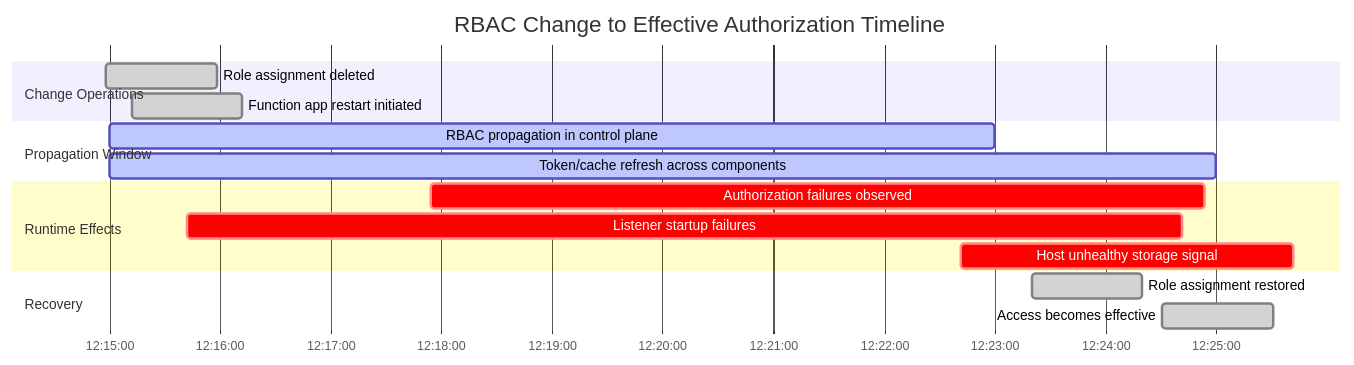
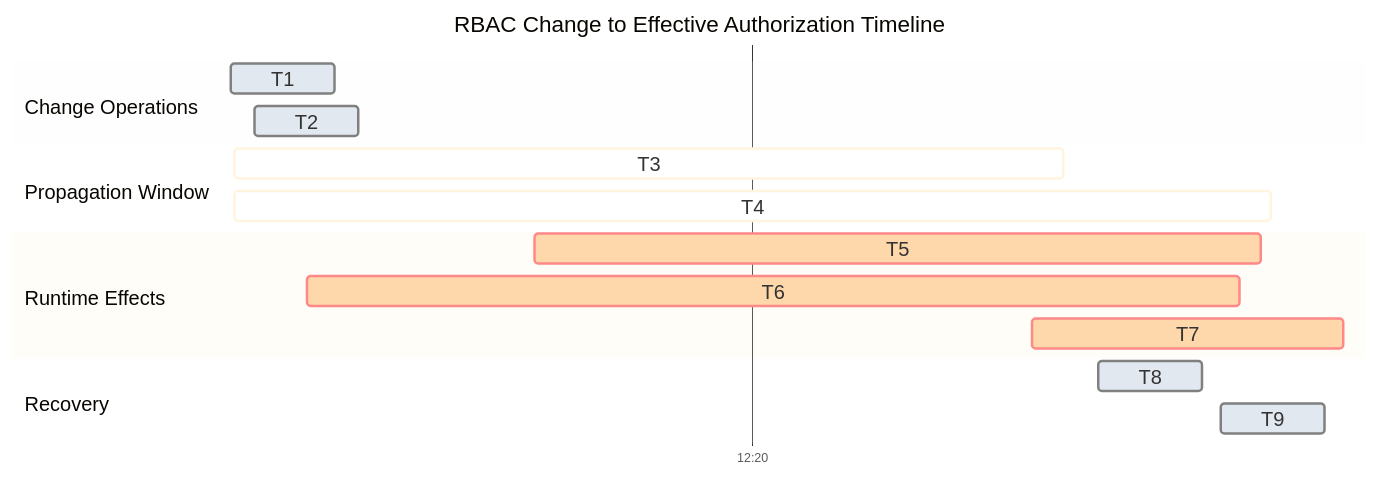
The second of 5 diagrams in docs/troubleshooting/lab-guides/managed-identity-auth.md (yeongseon/azure-functions-practical-guide), drawn with Mermaid before and after one commit. The commit also changed other lines of this file and 1 other file, not shown here.

First line of the commit message:
docs(diagrams): migrate Functions lab storage network auth — managed identity auth (#451)

````diff
--- a/docs/troubleshooting/lab-guides/managed-identity-auth.md
+++ b/docs/troubleshooting/lab-guides/managed-identity-auth.md
@@ -162,23 +182,27 @@
 ```mermaid
+%%{init: {"gantt":{"fontSize":16,"sectionFontSize":16,"leftPadding":175,"rightPadding":35,"barHeight":24,"barGap":10},"theme":"base","themeVariables":{"doneTaskBkgColor":"#e2e8f0","critBkgColor":"#fed7aa","taskBkgColor":"#e2e8f0"},"themeCSS":".grid .tick text{font-size:16px;fill:var(--md-default-fg-color);} .section{opacity:0;} .titleText{font-size:14px;fill:var(--md-default-fg-color);} .sectionTitle{fill:var(--md-default-fg-color);} .taskTextOutsideLeft,.taskTextOutsideRight{fill:var(--md-default-fg-color)!important;} .taskText{fill:#14202e!important;}"}}%%
 gantt
+    accTitle: RBAC change and effective authorization timing model
+    accDescr: Nine original periods across Change Operations, Propagation Window, Runtime Effects and Recovery. T1 to T9 expand in the adjacent key; dates are preserved, not newly validated.
     title RBAC Change to Effective Authorization Timeline
     dateFormat  YYYY-MM-DD HH:mm:ss
-    axisFormat  %H:%M:%S
+    axisFormat  %H:%M
+    tickInterval 10minute
 
     section Change Operations
-    Role assignment deleted                 :done, a1, 2026-04-04 12:14:58, 1m
-    Function app restart initiated          :done, a2, 2026-04-04 12:15:12, 1m
+    T1 :done, a1, 2026-04-04 12:14:58, 1m
+    T2 :done, a2, 2026-04-04 12:15:12, 1m
 
     section Propagation Window
-    RBAC propagation in control plane       :active, b1, 2026-04-04 12:15:00, 8m
-    Token/cache refresh across components   :active, b2, 2026-04-04 12:15:00, 10m
+    T3 :active, b1, 2026-04-04 12:15:00, 8m
+    T4 :active, b2, 2026-04-04 12:15:00, 10m
 
     section Runtime Effects
-    Authorization failures observed         :crit, c1, 2026-04-04 12:17:54, 7m
-    Listener startup failures               :crit, c2, 2026-04-04 12:15:42, 9m
-    Host unhealthy storage signal           :crit, c3, 2026-04-04 12:22:42, 3m
+    T5 :crit, c1, 2026-04-04 12:17:54, 7m
+    T6 :crit, c2, 2026-04-04 12:15:42, 9m
+    T7 :crit, c3, 2026-04-04 12:22:42, 3m
 
     section Recovery
-    Role assignment restored                :done, d1, 2026-04-04 12:23:20, 1m
-    Access becomes effective                :done, d2, 2026-04-04 12:24:31, 1m
+    T8 :done, d1, 2026-04-04 12:23:20, 1m
+    T9 :done, d2, 2026-04-04 12:24:31, 1m
 ```
````
